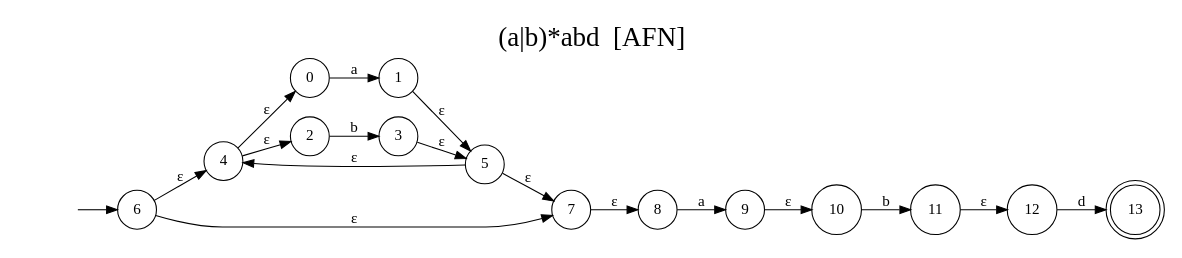
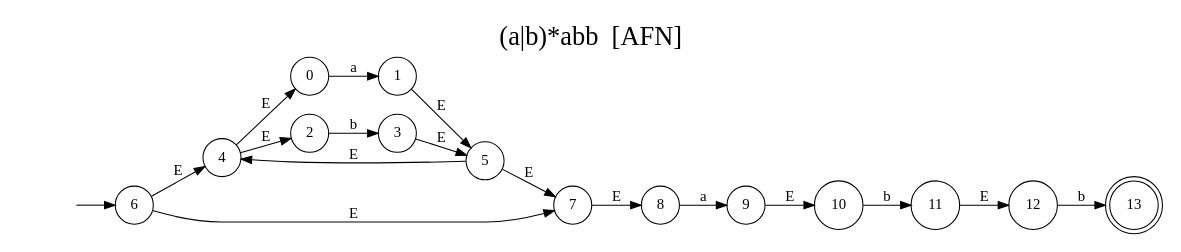
One commit to CrisLayB/ProgrammingLanguageDesign changed the diagram in docs/automataAFN.dot. Above: the diagram before and after it, drawn with Graphviz. The commit also changed 5 other files, not shown here.

```diff
--- a/docs/automataAFN.dot
+++ b/docs/automataAFN.dot
@@ -1,30 +1,30 @@
 digraph "Resultado Automata AFN" {
-label = "(a|b)*abd  [AFN]"
+label = "(a|b)*abb  [AFN]"
 labelloc  =  t
 fontsize  = 25
 rankdir=LR size="8,5"
 node [shape=doublecircle]
 13
 node [shape=circle]
 6
 node [shape=none]
 ""
 ""-> 6 [label=""]
 node [shape=circle]
 0 -> 1[label="a"]
 2 -> 3[label="b"]
-4 -> 0[label="ε"]
-4 -> 2[label="ε"]
-1 -> 5[label="ε"]
-3 -> 5[label="ε"]
-5 -> 4[label="ε"]
-6 -> 7[label="ε"]
-6 -> 4[label="ε"]
-5 -> 7[label="ε"]
+4 -> 0[label="E"]
+4 -> 2[label="E"]
+1 -> 5[label="E"]
+3 -> 5[label="E"]
+5 -> 4[label="E"]
+6 -> 7[label="E"]
+6 -> 4[label="E"]
+5 -> 7[label="E"]
 8 -> 9[label="a"]
-7 -> 8[label="ε"]
+7 -> 8[label="E"]
 10 -> 11[label="b"]
-9 -> 10[label="ε"]
-12 -> 13[label="d"]
-11 -> 12[label="ε"]
+9 -> 10[label="E"]
+12 -> 13[label="b"]
+11 -> 12[label="E"]
 }
```
